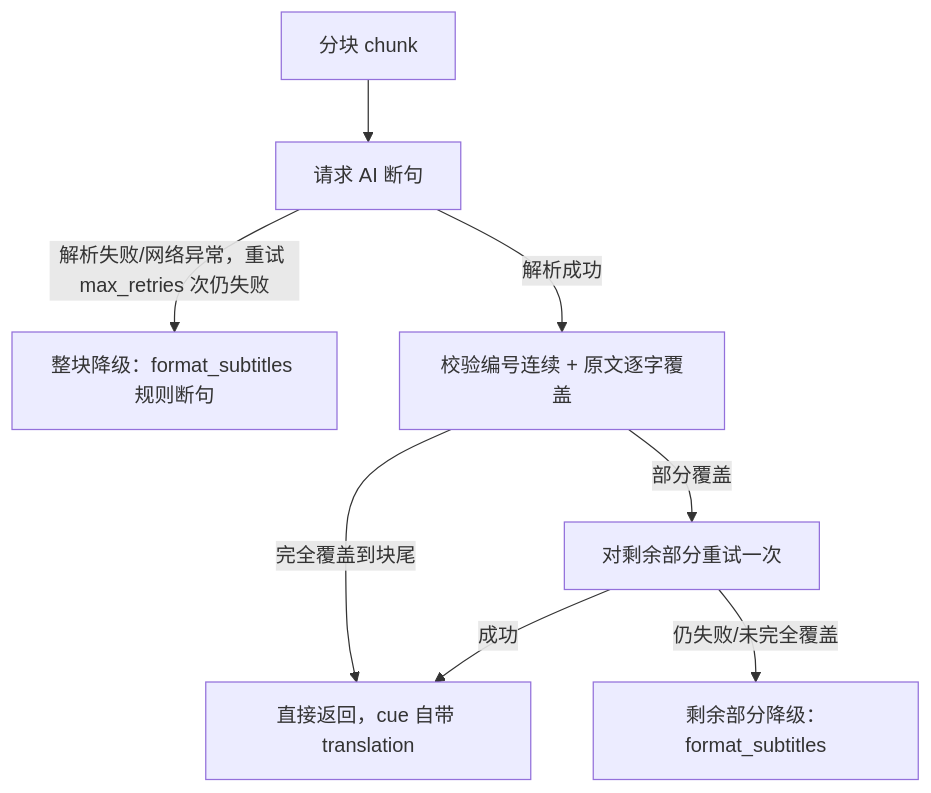
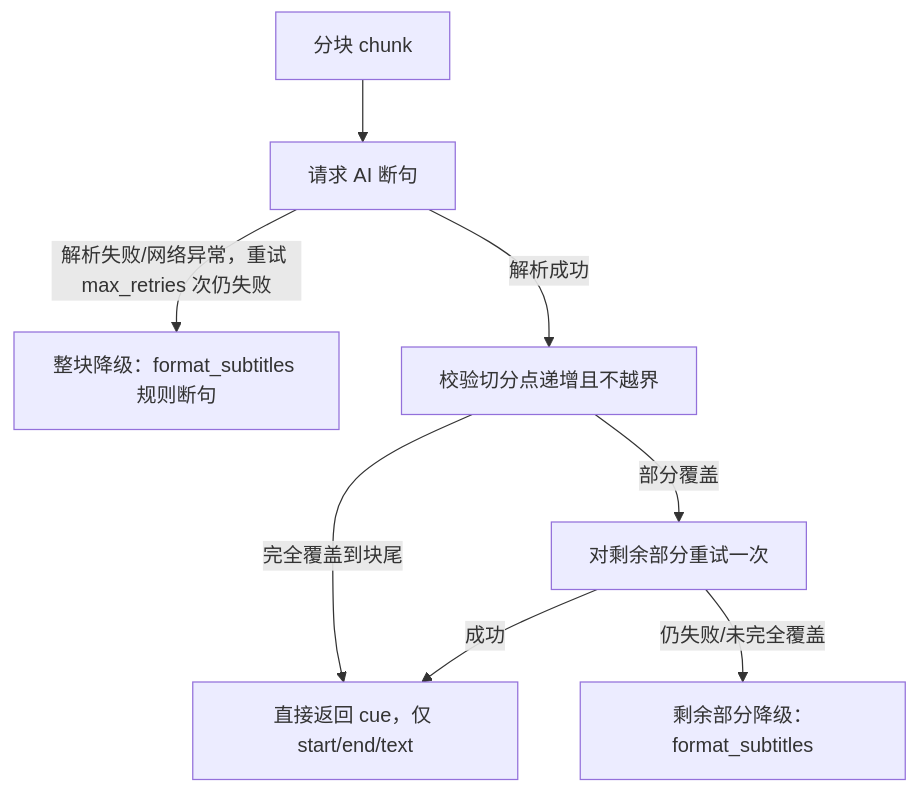
Before and after one commit to iamzwq/yt-localizer: the diagram in docs/ai-segment-implementation.md, drawn with Mermaid. The commit also changed other lines of this file and 5 other files, not shown here.

````diff
--- a/docs/ai-segment-implementation.md
+++ b/docs/ai-segment-implementation.md
@@ -35,10 +29,10 @@
 ```mermaid
 flowchart TD
     A[分块 chunk] --> B[请求 AI 断句]
     B -->|解析失败/网络异常，重试 max_retries 次仍失败| F[整块降级：format_subtitles 规则断句]
-    B -->|解析成功| C[校验编号连续 + 原文逐字覆盖]
-    C -->|完全覆盖到块尾| D[直接返回，cue 自带 translation]
+    B -->|解析成功| C[校验切分点递增且不越界]
+    C -->|完全覆盖到块尾| D[直接返回 cue，仅 start/end/text]
     C -->|部分覆盖| E[对剩余部分重试一次]
     E -->|成功| D
     E -->|仍失败/未完全覆盖| G[剩余部分降级：format_subtitles]
 ```
````
